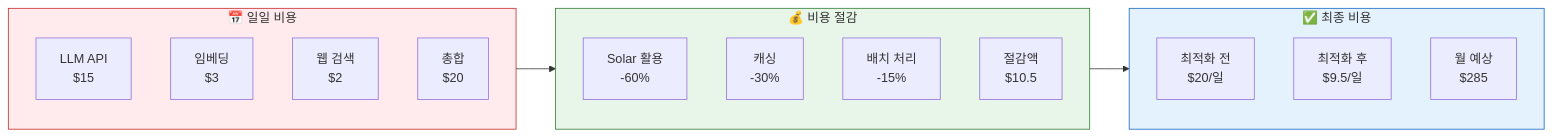
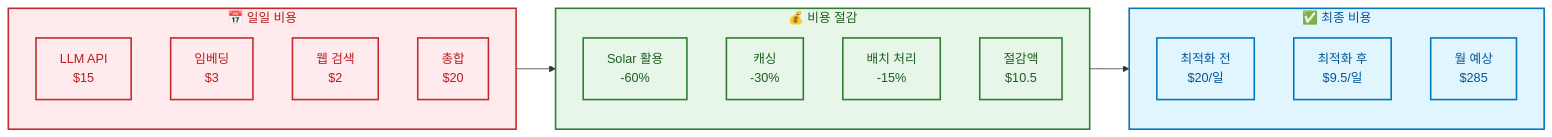
One commit to AIBootcamp14/langchainproject-new-langchainproject_5 changed the sixth of 6 diagrams in docs/PPT/04_실행_결과.md. Above: the diagram before and after it, drawn with Mermaid. The commit also changed other lines of this file and 5 other files, not shown here.

First line of the commit message:
style(docs): PPT 문서에 mermaid 스타일 가이드 적용

````diff
--- a/docs/PPT/04_실행_결과.md
+++ b/docs/PPT/04_실행_결과.md
@@ -351,28 +421,42 @@
 ```mermaid
 graph LR
     subgraph Daily["📅 일일 비용"]
         D1[LLM API<br/>$15]
         D2[임베딩<br/>$3]
         D3[웹 검색<br/>$2]
         D4[총합<br/>$20]
     end
 
     subgraph Optimization["💰 비용 절감"]
         O1[Solar 활용<br/>-60%]
         O2[캐싱<br/>-30%]
         O3[배치 처리<br/>-15%]
         O4[절감액<br/>$10.5]
     end
 
     subgraph Final["✅ 최종 비용"]
         F1[최적화 전<br/>$20/일]
         F2[최적화 후<br/>$9.5/일]
         F3[월 예상<br/>$285]
     end
 
     Daily --> Optimization --> Final
 
-    style Daily fill:#ffebee,stroke:#c62828
-    style Optimization fill:#e8f5e9,stroke:#2e7d32
-    style Final fill:#e3f2fd,stroke:#1565c0
+    style Daily fill:#ffebee,stroke:#c62828,stroke-width:2px,color:#b71c1c
+    style Optimization fill:#e8f5e9,stroke:#2e7d32,stroke-width:2px,color:#1b5e20
+    style Final fill:#e1f5ff,stroke:#0277bd,stroke-width:2px,color:#01579b
+
+    style D1 fill:#ffebee,stroke:#c62828,stroke-width:2px,color:#b71c1c
+    style D2 fill:#ffebee,stroke:#c62828,stroke-width:2px,color:#b71c1c
+    style D3 fill:#ffebee,stroke:#c62828,stroke-width:2px,color:#b71c1c
+    style D4 fill:#ffebee,stroke:#c62828,stroke-width:2px,color:#b71c1c
+
+    style O1 fill:#e8f5e9,stroke:#2e7d32,stroke-width:2px,color:#1b5e20
+    style O2 fill:#e8f5e9,stroke:#2e7d32,stroke-width:2px,color:#1b5e20
+    style O3 fill:#e8f5e9,stroke:#2e7d32,stroke-width:2px,color:#1b5e20
+    style O4 fill:#e8f5e9,stroke:#2e7d32,stroke-width:2px,color:#1b5e20
+
+    style F1 fill:#e1f5ff,stroke:#0277bd,stroke-width:2px,color:#01579b
+    style F2 fill:#e1f5ff,stroke:#0277bd,stroke-width:2px,color:#01579b
+    style F3 fill:#e1f5ff,stroke:#0277bd,stroke-width:2px,color:#01579b
 ```
````
